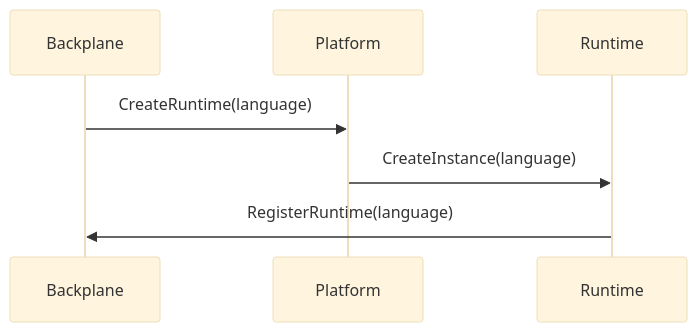
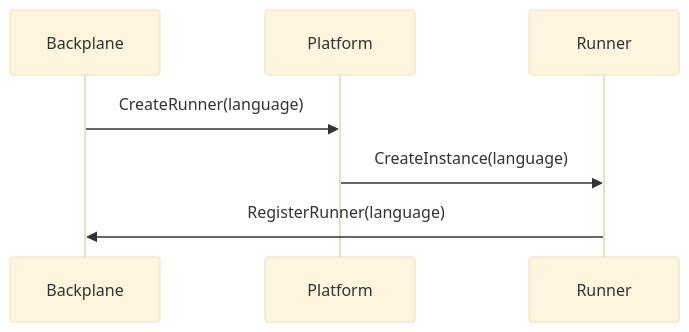
The first of 3 diagrams in ARCHITECTURE.md (TBD54566975/ftl), drawn with Mermaid (base theme) before and after one commit. The commit also changed other lines of this file, not shown here.

````diff
--- a/ARCHITECTURE.md
+++ b/ARCHITECTURE.md
@@ -14,10 +14,10 @@
 ```mermaid
 sequenceDiagram
   participant B as Backplane
   participant P as Platform
-  participant R as Runtime
+  participant R as Runner
 
-  B ->> P: CreateRuntime(language)
+  B ->> P: CreateRunner(language)
   P ->> R: CreateInstance(language)
-  R ->> B: RegisterRuntime(language)
+  R ->> B: RegisterRunner(language)
 ```
````
